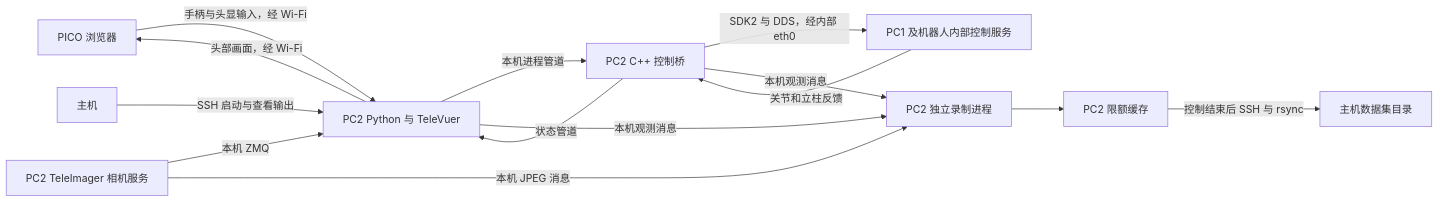
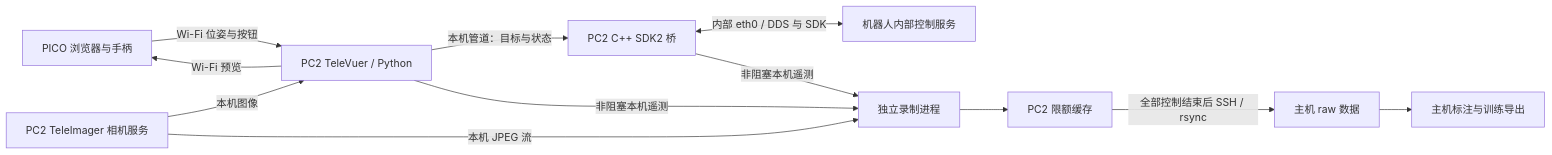
One commit to wwwxx2333/Proj_PICO_G1-D changed the first of 2 diagrams in PROJECT_GUIDE.md. Above: the diagram before and after it, drawn with Mermaid. The commit also changed other lines of this file and 65 other files, not shown here.

````diff
--- a/PROJECT_GUIDE.md
+++ b/PROJECT_GUIDE.md
@@ -20,16 +25,14 @@
 ```mermaid
 flowchart LR
-    PICO[PICO 浏览器] -->|手柄与头显输入，经 Wi-Fi| PY[PC2 Python 与 TeleVuer]
-    PY -->|头部画面，经 Wi-Fi| PICO
-    CAM[PC2 TeleImager 相机服务] -->|本机 ZMQ| PY
-    PY -->|本机进程管道| CPP[PC2 C++ 控制桥]
-    CPP -->|SDK2 与 DDS，经内部 eth0| ROBOT[PC1 及机器人内部控制服务]
-    ROBOT -->|关节和立柱反馈| CPP
-    CPP -->|状态管道| PY
-    HOST[主机] -->|SSH 启动与查看输出| PY
-    PY -->|本机观测消息| REC[PC2 独立录制进程]
-    CPP -->|本机观测消息| REC
-    CAM -->|本机 JPEG 消息| REC
-    REC --> CACHE[PC2 限额缓存]
-    CACHE -->|控制结束后 SSH 与 rsync| DATA[主机数据集目录]
+    P[PICO 浏览器与手柄] -->|Wi-Fi 位姿与按钮| T[PC2 TeleVuer / Python]
+    T -->|本机管道：目标与状态| C[PC2 C++ SDK2 桥]
+    C <-->|内部 eth0 / DDS 与 SDK| R[机器人内部控制服务]
+    CAM[PC2 TeleImager 相机服务] -->|本机图像| T
+    T -->|Wi-Fi 预览| P
+    T -->|非阻塞本机遥测| REC[独立录制进程]
+    C -->|非阻塞本机遥测| REC
+    CAM -->|本机 JPEG 流| REC
+    REC --> S[PC2 限额缓存]
+    S -->|全部控制结束后 SSH / rsync| H[主机 raw 数据]
+    H --> L[主机标注与训练导出]
 ```
````
